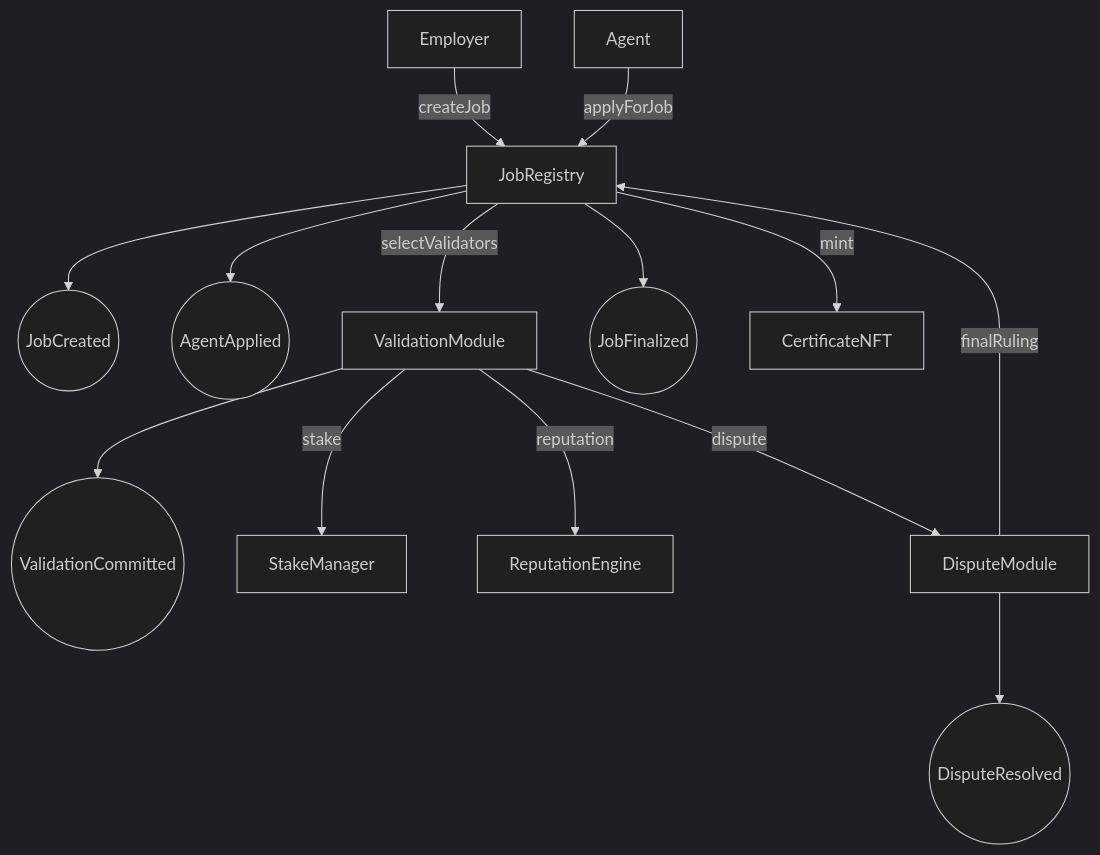
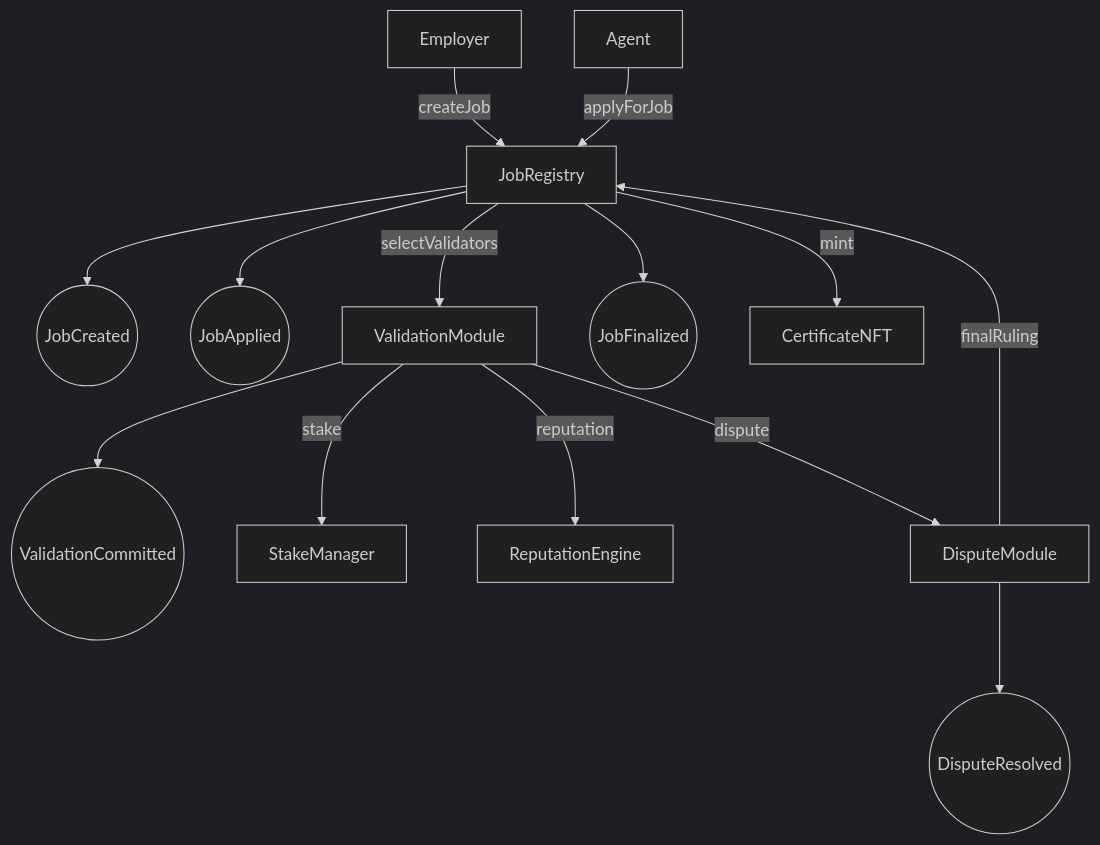
Before and after one commit to MontrealAI/AGIJobsv0: the first of 10 diagrams in README.md, drawn with Mermaid (dark theme). The commit also changed other lines of this file and 15 other files, not shown here.

Commit message:
feat: expand job registry lifecycle

````diff
--- a/README.md
+++ b/README.md
@@ -524,16 +524,16 @@
 ```mermaid
 flowchart TD
     Employer -->|createJob| JobRegistry
     JobRegistry --> JobCreated((JobCreated))
     Agent -->|applyForJob| JobRegistry
-    JobRegistry --> AgentApplied((AgentApplied))
+    JobRegistry --> JobApplied((JobApplied))
     JobRegistry -->|selectValidators| ValidationModule
     ValidationModule --> ValidationCommitted((ValidationCommitted))
     ValidationModule -->|stake| StakeManager
     ValidationModule -->|reputation| ReputationEngine
     ValidationModule -->|dispute| DisputeModule
     DisputeModule --> DisputeResolved((DisputeResolved))
     DisputeModule -->|finalRuling| JobRegistry
     JobRegistry --> JobFinalized((JobFinalized))
     JobRegistry -->|mint| CertificateNFT
 ```
````
